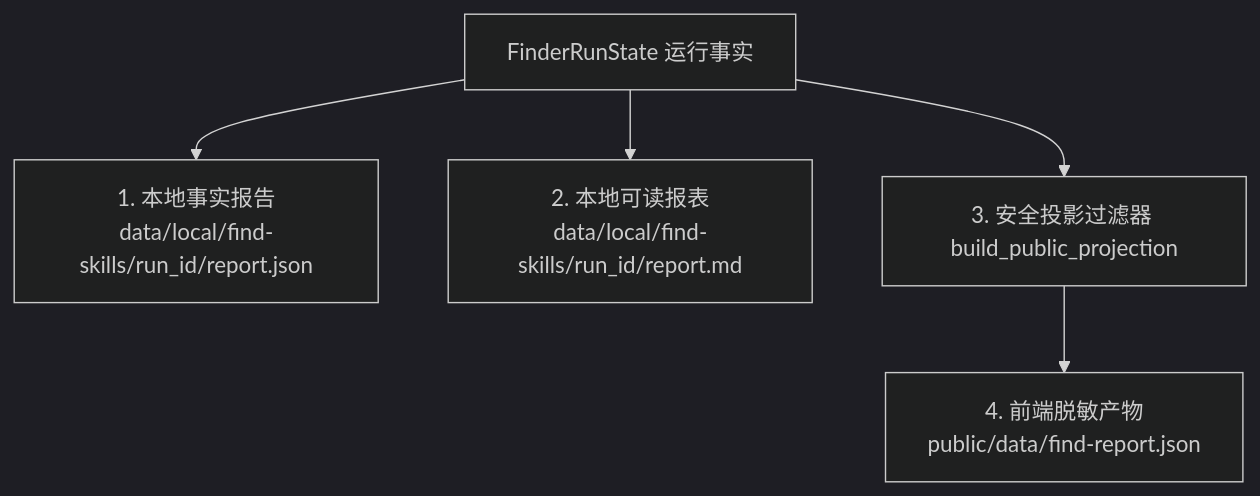
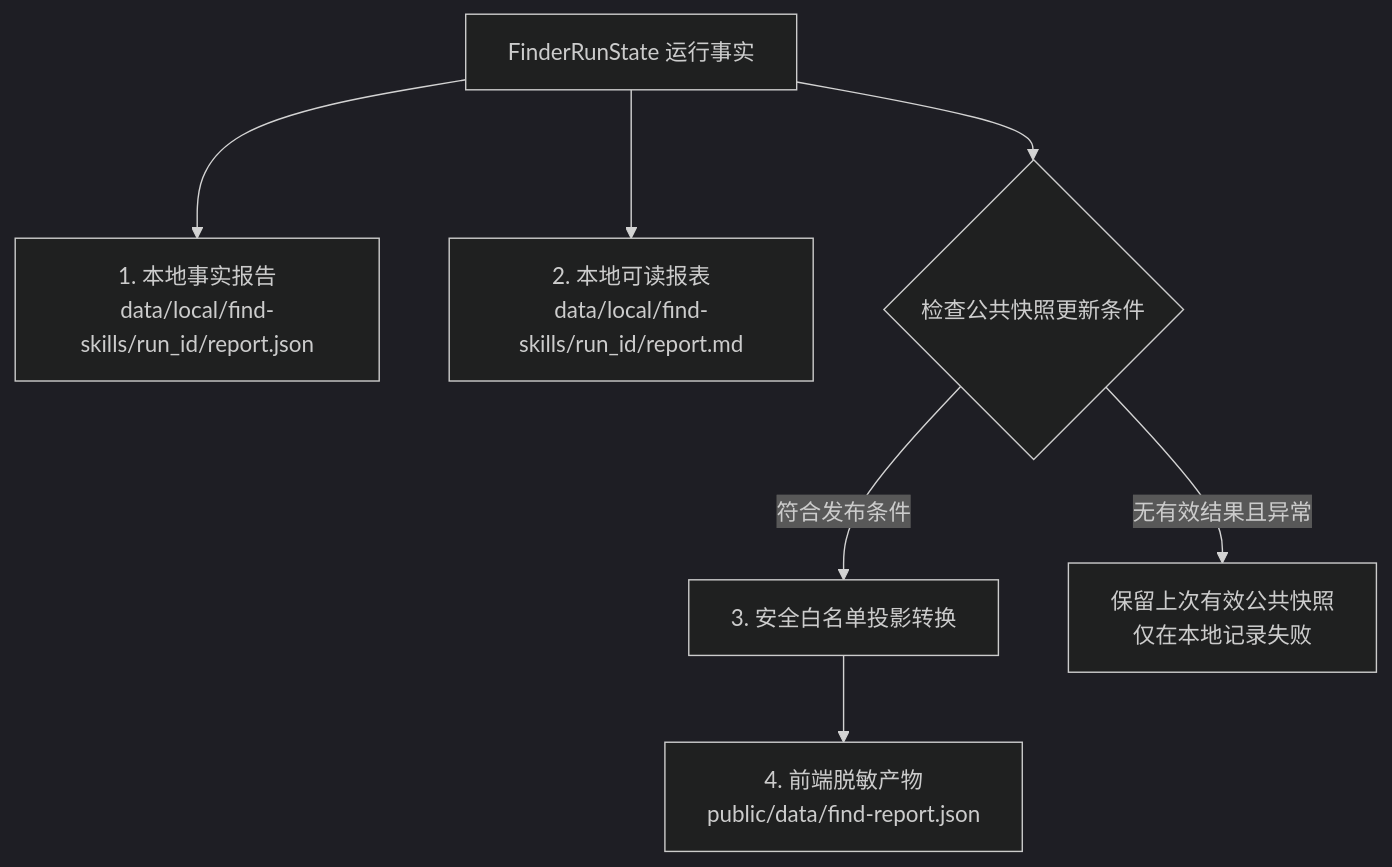
The second of 2 diagrams in docs/refactor/05-P4-定向查找独立分包与报告安全投影.md (justdoit712/skill), drawn with Mermaid (dark theme) before and after one commit. The commit also changed other lines of this file and 5 other files, not shown here.

````diff
--- a/docs/refactor/05-P4-定向查找独立分包与报告安全投影.md
+++ b/docs/refactor/05-P4-定向查找独立分包与报告安全投影.md
@@ -106,7 +106,9 @@
 ```mermaid
 flowchart TD
     RunState[FinderRunState 运行事实] --> LocalReport[1. 本地事实报告<br>data/local/find-skills/run_id/report.json]
     RunState --> LocalMd[2. 本地可读报表<br>data/local/find-skills/run_id/report.md]
-    RunState --> Projection[3. 安全投影过滤器 build_public_projection]
+    RunState --> CheckCond{检查公共快照更新条件}
+    CheckCond -->|符合发布条件| Projection[3. 安全白名单投影转换]
     Projection --> PublicJson[4. 前端脱敏产物<br>public/data/find-report.json]
+    CheckCond -->|无有效结果且异常| Retain[保留上次有效公共快照<br>仅在本地记录失败]
 ```
````
